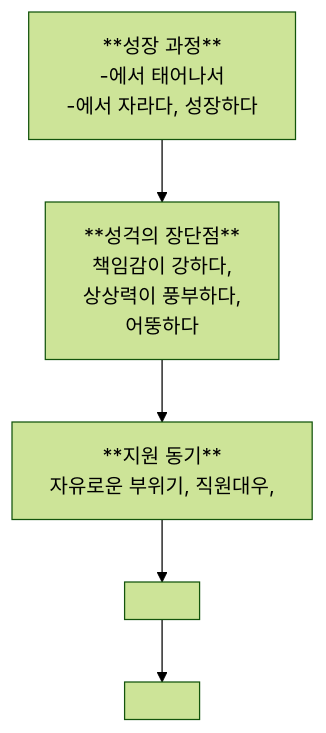
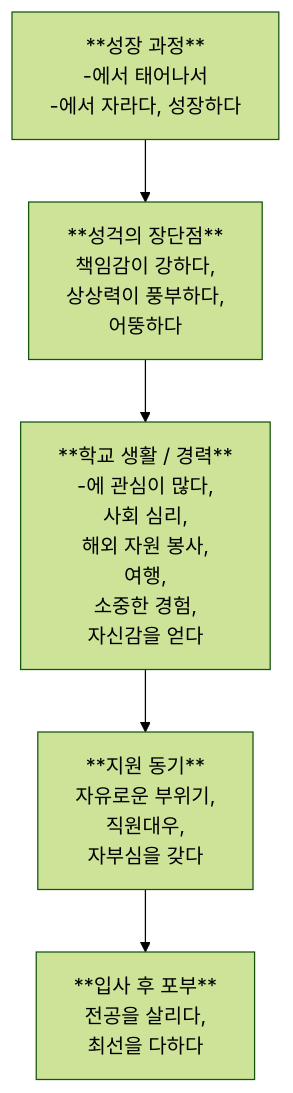
Before and after one commit to nyanzebra/korean: the diagram in 숙제/4A/textbook/153-156.md, drawn with Mermaid (forest theme). The commit also changed other lines of this file, not shown here.

Commit message:
vault backup: 2026-05-09 15:39:51

````diff
--- a/숙제/4A/textbook/153-156.md
+++ b/숙제/4A/textbook/153-156.md
@@ -47,26 +47,38 @@
 ```mermaid
 flowchart
 가[
 	**성장 과정**
 	-에서 태어나서 
 	-에서 자라다, 성장하다
 ]
 나[
 	**성걱의 장단점**
 	책임감이 강하다,
 	상상력이 풍부하다,
 	어뚱하다
 ]
 다[
-	**지원 동기**
-	자유로운 부위기, 직원대우, 
+	**학교 생활 / 경력**
+	-에 관심이 많다,
+	사회 심리,
+	해외 자원 봉사,
+	여행,
+	소중한 경험,
+	자신감을 얻다
 ]
 마[
+	**지원 동기**
+	자유로운 부위기, 
+	직원대우, 
+	자부심을 갖다
 ]
 바[
+	**입사 후 포부**
+	전공을 살리다,
+	최선을 다하다
 ]
 가-->나
 나-->다
 다-->마
 마-->바
 ```
````
